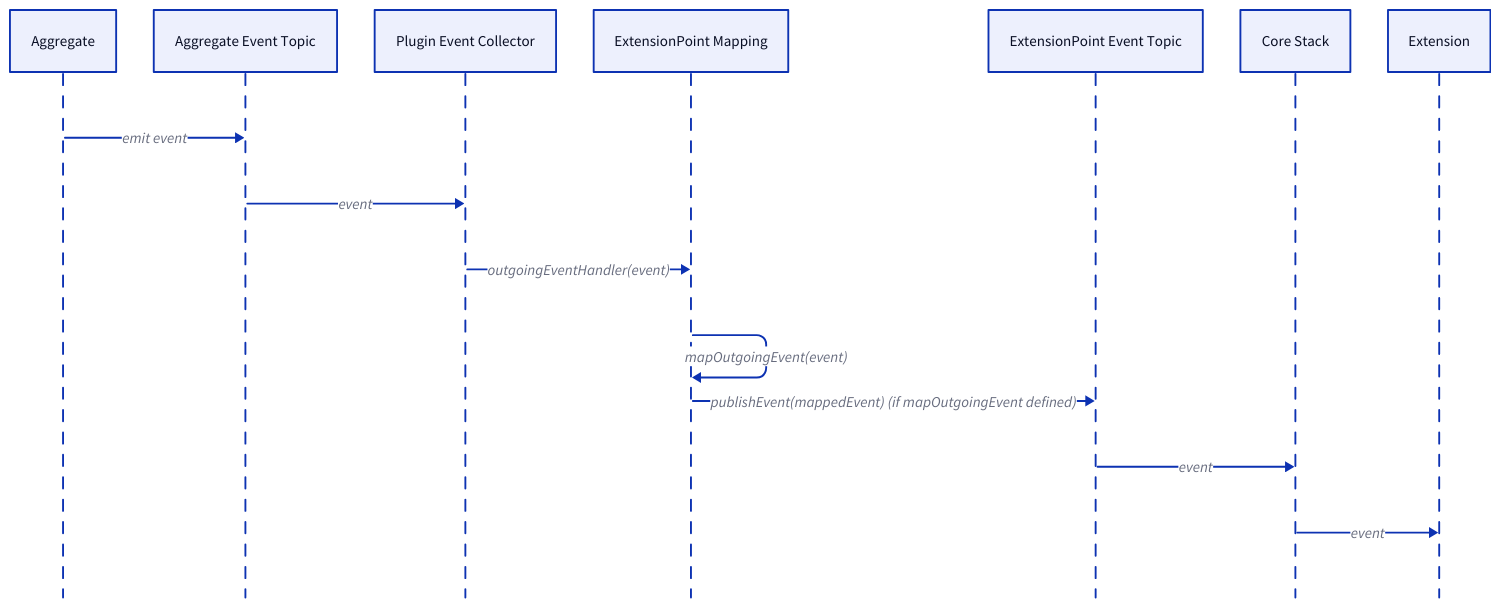
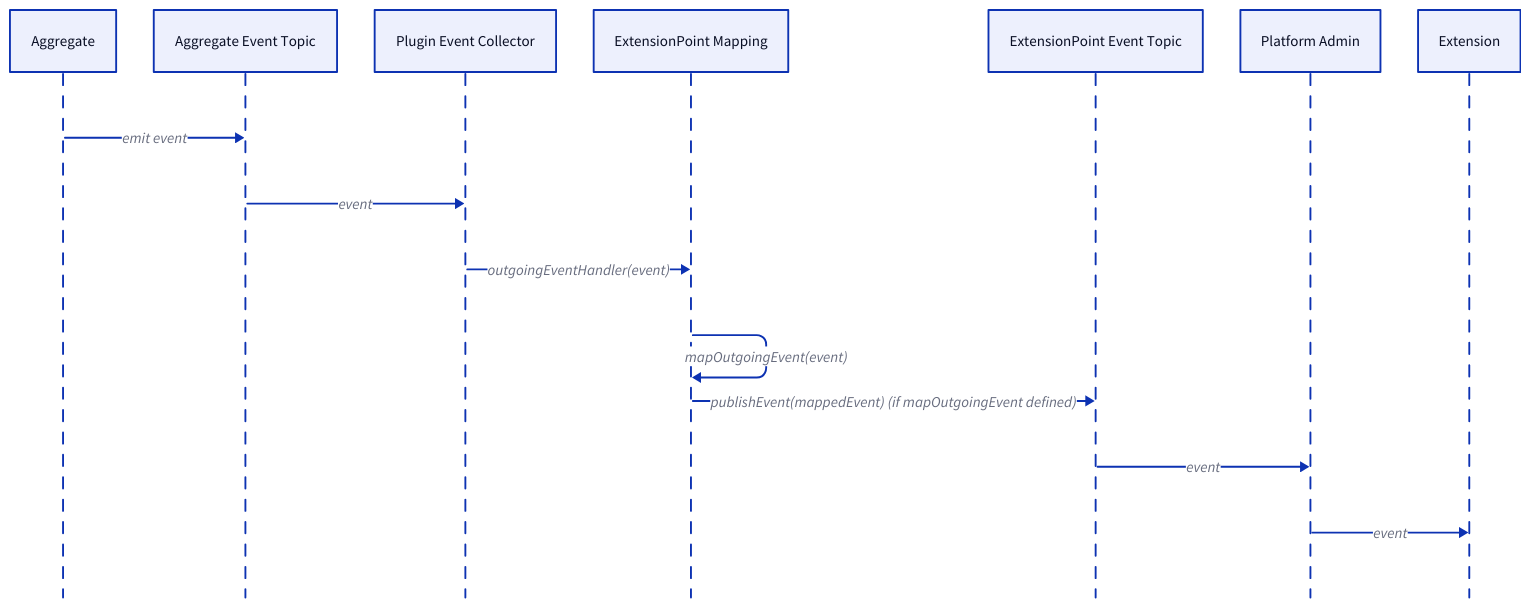
Before and after one commit to ReventlessDev/reventless-core: the second of 3 diagrams in packages/doc/docs-app/components/extensionpoint.md, drawn with D2. The commit also changed other lines of this file and 92 other files, not shown here.

````diff
--- a/packages/doc/docs-app/components/extensionpoint.md
+++ b/packages/doc/docs-app/components/extensionpoint.md
@@ -276,19 +276,19 @@
 ```d2
 shape: sequence_diagram
 
 Aggregate: Aggregate { class: aggregate }
 EventTopic: Aggregate Event Topic { class: event-topic }
 EventCollector: Plugin Event Collector { class: event-collector }
 EPMapping: ExtensionPoint Mapping { class: event-mapper }
 EPEventTopic: ExtensionPoint Event Topic { class: event-topic }
-CoreStack: Core Stack { class: external-system }
+Admin: Platform Admin { class: external-system }
 Extension: Extension { class: extension }
 
 Aggregate -> EventTopic: emit event
 EventTopic -> EventCollector: event
 EventCollector -> EPMapping: "outgoingEventHandler(event)"
 EPMapping -> EPMapping: "mapOutgoingEvent(event)"
 EPMapping -> EPEventTopic: "publishEvent(mappedEvent) (if mapOutgoingEvent defined)"
-EPEventTopic -> CoreStack: event
-CoreStack -> Extension: event
+EPEventTopic -> Admin: event
+Admin -> Extension: event
 ```
````
